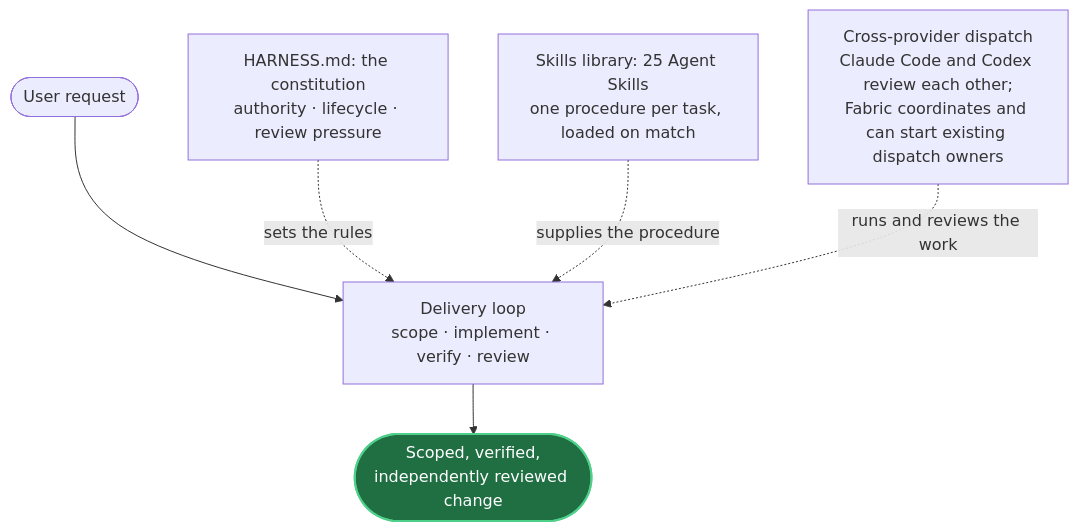
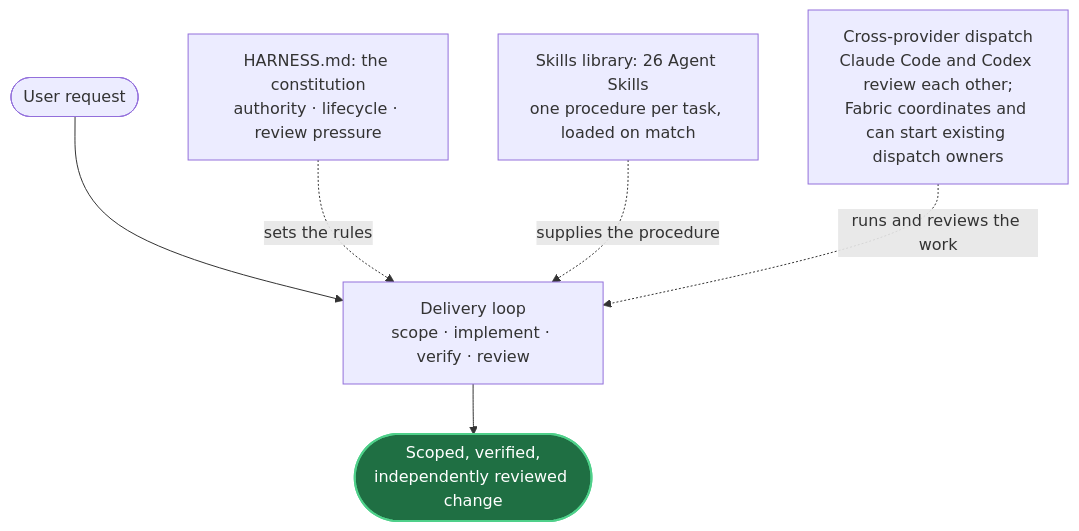
The first of 2 diagrams in README.md (mblauberg/provenant), drawn with Mermaid before and after one commit. The commit also changed other lines of this file and 15 other files, not shown here.

````diff
--- a/README.md
+++ b/README.md
@@ -37,12 +37,12 @@
 ```mermaid
 flowchart TB
     accTitle: The three parts and the delivery loop they serve
     accDescr: A user request enters the delivery loop, which runs scope, implement, verify and review, and produces a scoped, verified, independently reviewed change. Three parts act on that loop concurrently rather than in sequence. HARNESS.md, the constitution, sets the rules: authority, lifecycle and review pressure. The skills library supplies the procedure, one SKILL.md per task loaded when the task matches. Cross-provider dispatch runs and reviews the work, with Claude Code and Codex as primaries reviewing each other and Fabric providing messages, tasks, activity and a thin front door to the existing dispatch owners.
     U(["User request"]) --> LOOP["Delivery loop<br/>scope · implement · verify · review"]
     LOOP --> OUT(["Scoped, verified,<br/>independently reviewed change"])
     H["HARNESS.md: the constitution<br/>authority · lifecycle · review pressure"] -. "sets the rules" .-> LOOP
-    SK["Skills library: 25 Agent Skills<br/>one procedure per task, loaded on match"] -. "supplies the procedure" .-> LOOP
+    SK["Skills library: 26 Agent Skills<br/>one procedure per task, loaded on match"] -. "supplies the procedure" .-> LOOP
     F["Cross-provider dispatch<br/>Claude Code and Codex review each other;<br/>Fabric coordinates and can start existing dispatch owners"] -. "runs and reviews the work" .-> LOOP
     classDef out fill:#1f6f43,stroke:#4fd08a,color:#ffffff,stroke-width:2px
     class OUT out
 ```
````
